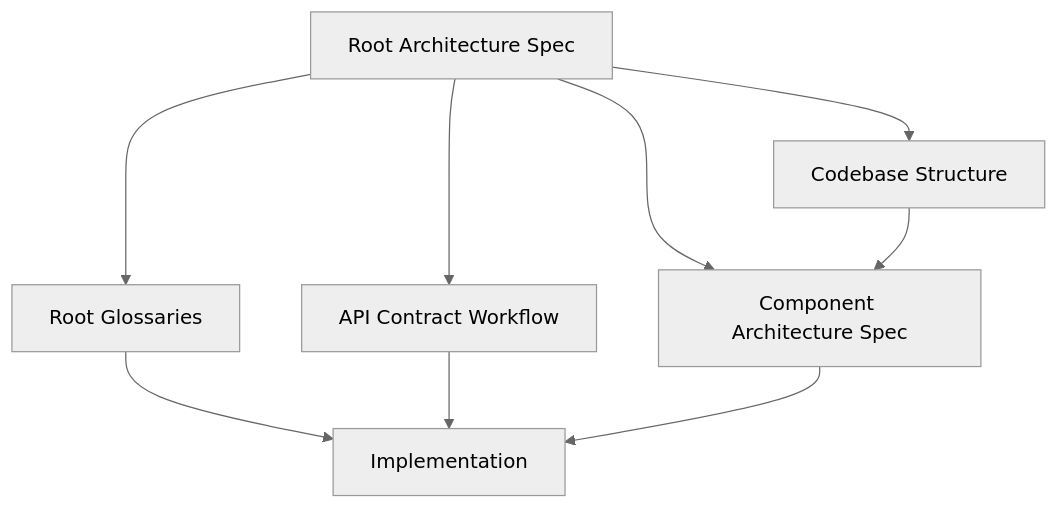
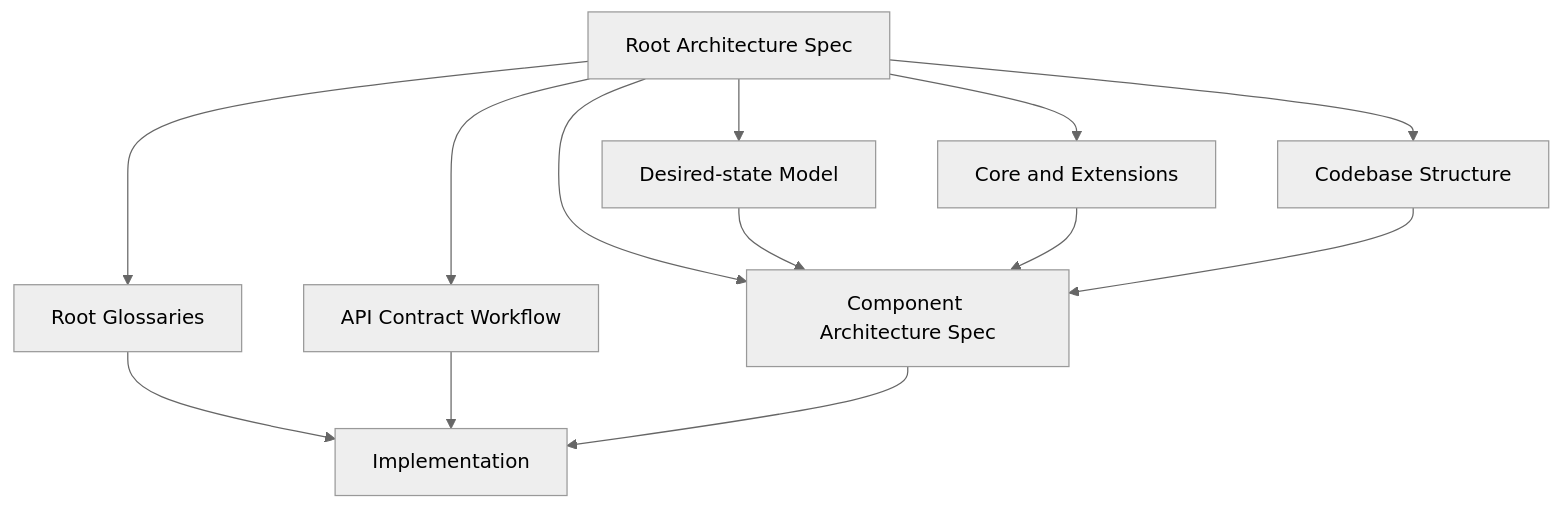
One commit to maple52046/swallow changed the diagram in docs/development/architecture-spec.md. Above: the diagram before and after it, drawn with Mermaid (neutral theme). The commit also changed other lines of this file and 42 other files, not shown here.

First line of the commit message:
docs: adopt the desired-state model and a ports-and-adapters core

````diff
--- a/docs/development/architecture-spec.md
+++ b/docs/development/architecture-spec.md
@@ -152,18 +170,24 @@
 ```mermaid
 flowchart TB
     rootSpec["Root Architecture Spec"]
     codebaseStructure["Codebase Structure"]
     glossaryIndex["Root Glossaries"]
     apiContractIndex["API Contract Workflow"]
+    desiredStateModel["Desired-state Model"]
+    coreAndExtensions["Core and Extensions"]
     componentSpec["Component Architecture Spec"]
     implementation["Implementation"]
 
     rootSpec --> codebaseStructure
     rootSpec --> glossaryIndex
     rootSpec --> apiContractIndex
+    rootSpec --> desiredStateModel
+    rootSpec --> coreAndExtensions
     rootSpec --> componentSpec
+    desiredStateModel --> componentSpec
+    coreAndExtensions --> componentSpec
     codebaseStructure --> componentSpec
     glossaryIndex --> implementation
     apiContractIndex --> implementation
     componentSpec --> implementation
 ```
````
